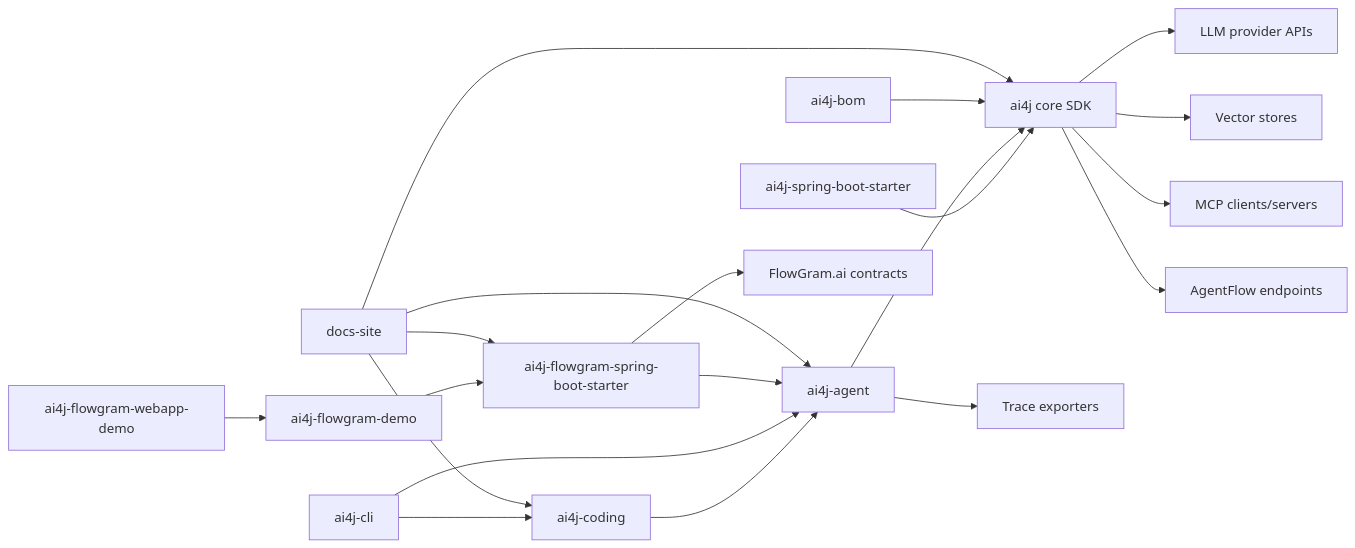
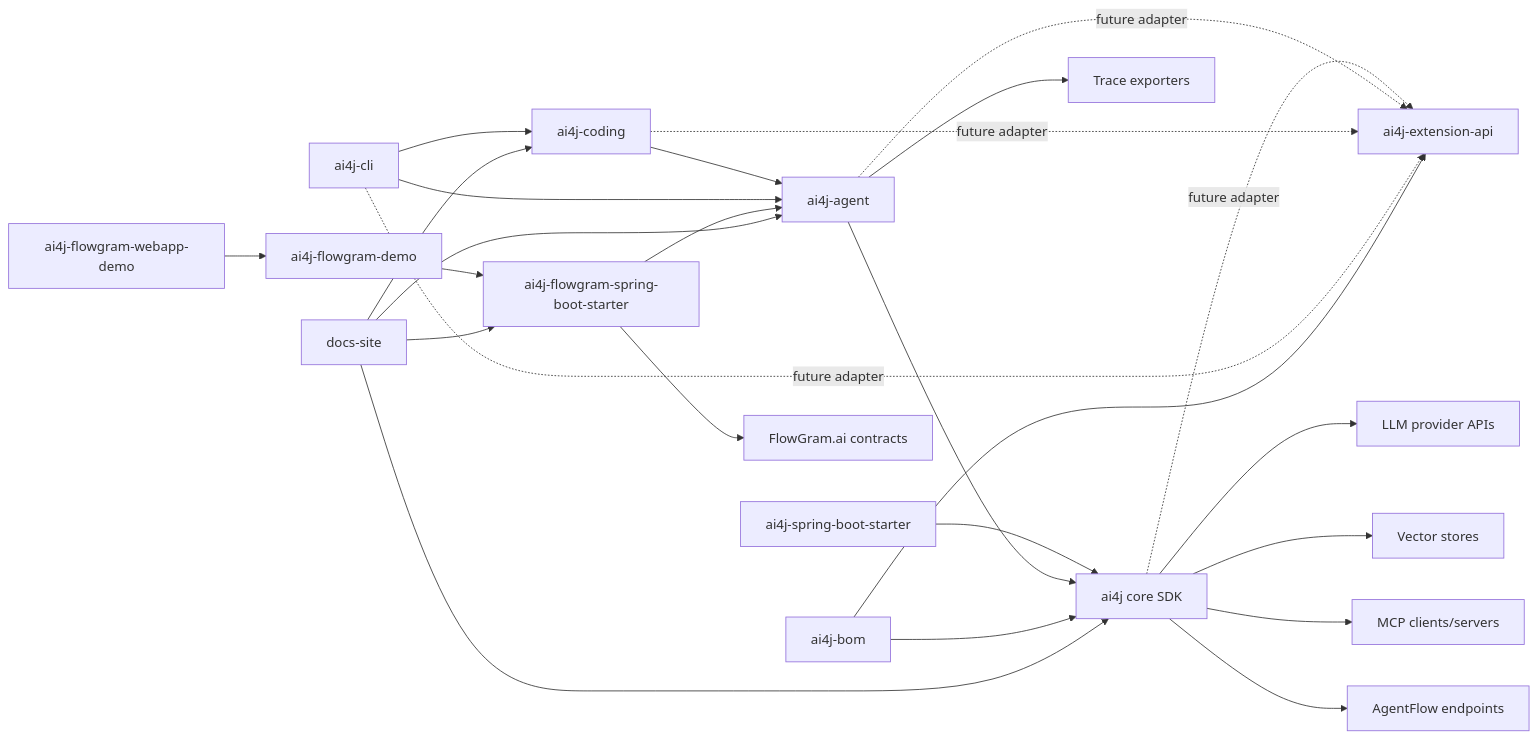
Before and after one commit to LnYo-Cly/ai4j: the diagram in coding-agent-harness/context/architecture/system-map.md, drawn with Mermaid. The commit also changed other lines of this file and 60 other files, not shown here.

Commit message:
feat: add extension API wave 1

````diff
--- a/coding-agent-harness/context/architecture/system-map.md
+++ b/coding-agent-harness/context/architecture/system-map.md
@@ -14,34 +14,40 @@
 ```mermaid
 flowchart LR
   core["ai4j core SDK"]
+  extension["ai4j-extension-api"]
   agent["ai4j-agent"]
   coding["ai4j-coding"]
   cli["ai4j-cli"]
   spring["ai4j-spring-boot-starter"]
   flowStarter["ai4j-flowgram-spring-boot-starter"]
   flowDemo["ai4j-flowgram-demo"]
   flowWeb["ai4j-flowgram-webapp-demo"]
   docs["docs-site"]
   bom["ai4j-bom"]
 
+  core -. future adapter .-> extension
+  agent -. future adapter .-> extension
+  coding -. future adapter .-> extension
+  cli -. future adapter .-> extension
   spring --> core
   agent --> core
   coding --> agent
   cli --> coding
   cli --> agent
   flowStarter --> agent
   flowDemo --> flowStarter
   flowWeb --> flowDemo
+  bom --> extension
   bom --> core
   docs --> core
   docs --> agent
   docs --> coding
   docs --> flowStarter
 
   core --> providers["LLM provider APIs"]
   core --> vectorStores["Vector stores"]
   core --> mcp["MCP clients/servers"]
   core --> agentFlow["AgentFlow endpoints"]
   agent --> tracing["Trace exporters"]
   flowStarter --> flowgram["FlowGram.ai contracts"]
 ```
````
